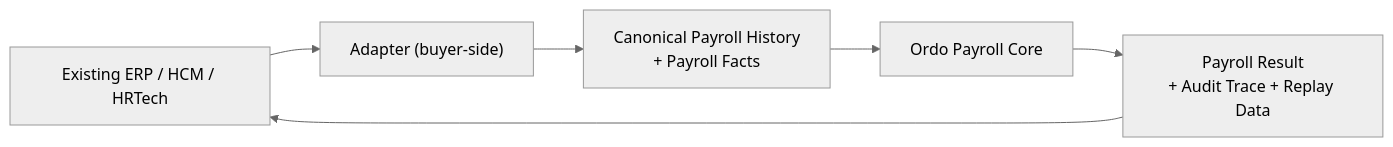
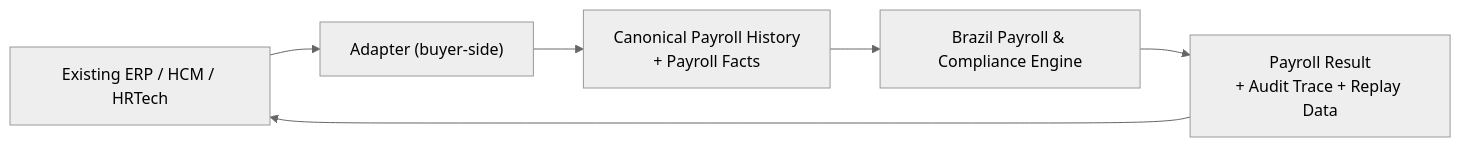
The first of 2 diagrams in docs/02-architecture/integration-architecture.md (jjgaldino/brazil-payroll-engine), drawn with Mermaid (neutral theme) before and after one commit. The commit also changed other lines of this file and 20 other files, not shown here.

Commit message:
docs: reposition public payroll engine brand

````diff
--- a/docs/02-architecture/integration-architecture.md
+++ b/docs/02-architecture/integration-architecture.md
@@ -18,10 +18,10 @@
 ```mermaid
 flowchart LR
   ERP["Existing ERP / HCM / HRTech"]
   ADP["Adapter (buyer-side)"]
   CANON["Canonical Payroll History<br/>+ Payroll Facts"]
-  CORE["Ordo Payroll Core"]
+  CORE["Brazil Payroll & Compliance Engine"]
   OUT["Payroll Result<br/>+ Audit Trace + Replay Data"]
   ERP --> ADP --> CANON --> CORE --> OUT
   OUT --> ERP
 ```
````
